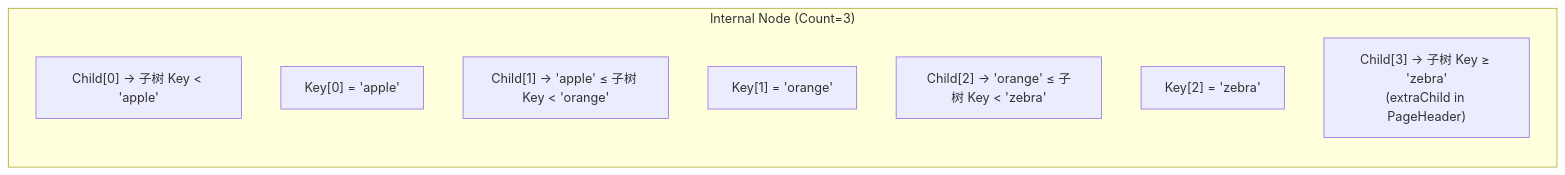
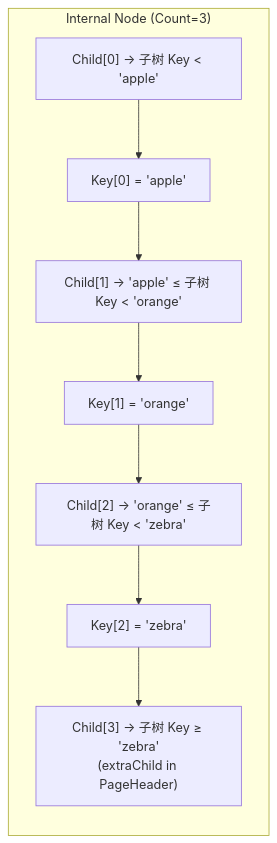
One commit to jzhang405/NexKV changed the seventh of 39 diagrams in docs/07_spike/btree-refactor/2026-05-23-persistence-architecture-comprehensive-guide.md. Above: the diagram before and after it, drawn with Mermaid. The commit also changed other lines of this file, not shown here.

````diff
--- a/docs/07_spike/btree-refactor/2026-05-23-persistence-architecture-comprehensive-guide.md
+++ b/docs/07_spike/btree-refactor/2026-05-23-persistence-architecture-comprehensive-guide.md
@@ -217,13 +219,12 @@
 ```mermaid
 flowchart TB
     subgraph InternalNode["Internal Node (Count=3)"]
         direction TB
-        C0["Child[0] → 子树 Key < 'apple'"]
-        K0["Key[0] = 'apple'"]
-        C1["Child[1] → 'apple' ≤ 子树 Key < 'orange'"]
-        K1["Key[1] = 'orange'"]
-        C2["Child[2] → 'orange' ≤ 子树 Key < 'zebra'"]
-        K2["Key[2] = 'zebra'"]
-        C3["Child[3] → 子树 Key ≥ 'zebra'<br/>(extraChild in PageHeader)"]
+        C0["Child[0] → 子树 Key < 'apple'"] --> K0["Key[0] = 'apple'"]
+        K0 --> C1["Child[1] → 'apple' ≤ 子树 Key < 'orange'"]
+        C1 --> K1["Key[1] = 'orange'"]
+        K1 --> C2["Child[2] → 'orange' ≤ 子树 Key < 'zebra'"]
+        C2 --> K2["Key[2] = 'zebra'"]
+        K2 --> C3["Child[3] → 子树 Key ≥ 'zebra'<br/>(extraChild in PageHeader)"]
     end
 ```
````
